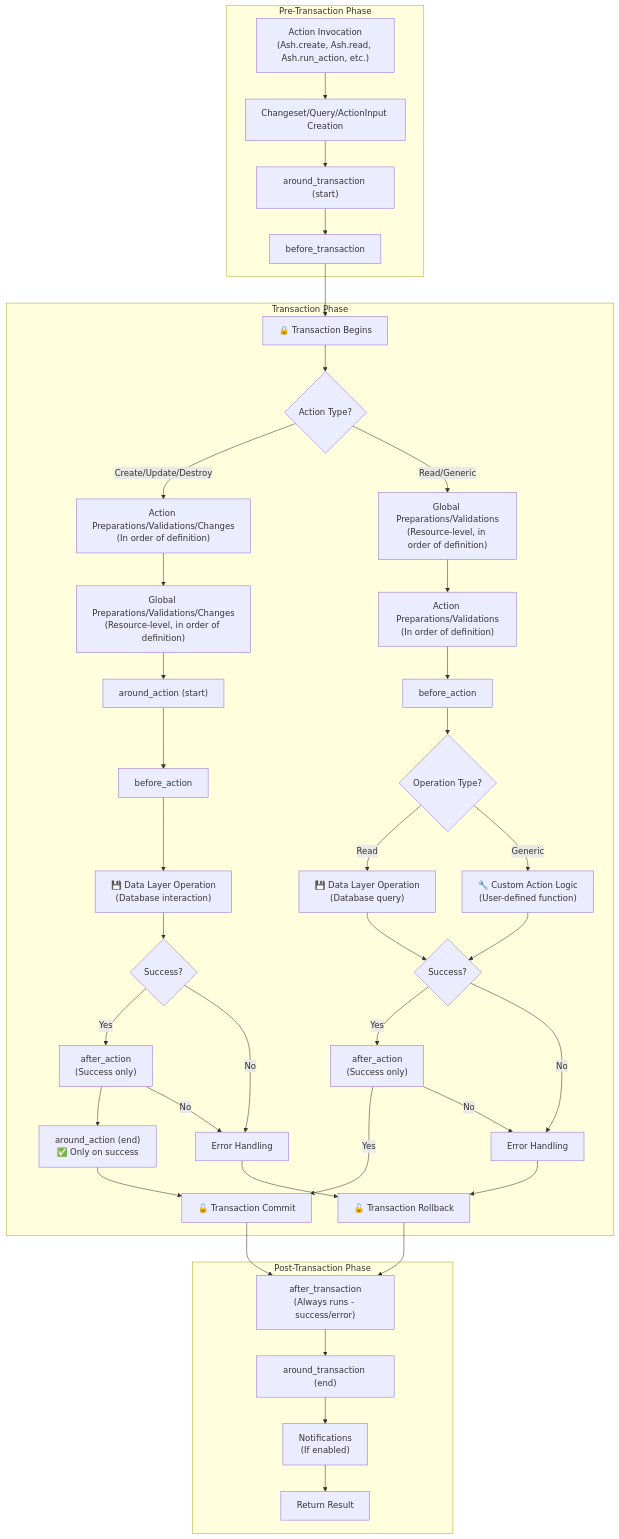
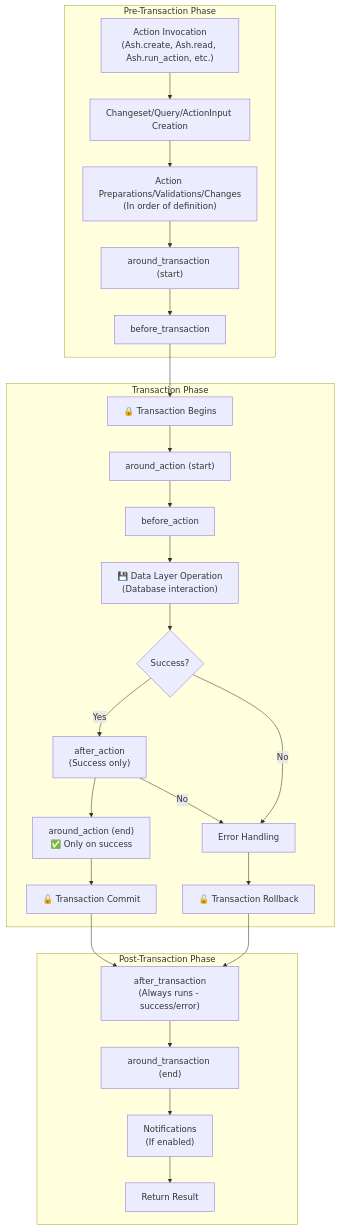
Before and after one commit to ash-project/ash: the diagram in documentation/topics/actions/actions.md, drawn with Mermaid. The commit also changed other lines of this file, not shown here.

Commit message:
docs: simplify action docs now that everything has all the hooks

````diff
--- a/documentation/topics/actions/actions.md
+++ b/documentation/topics/actions/actions.md
@@ -295,52 +295,33 @@
 ```mermaid
 graph TD
     subgraph "Pre-Transaction Phase"
         START["Action Invocation<br/>(Ash.create, Ash.read, Ash.run_action, etc.)"] --> PREP["Changeset/Query/ActionInput Creation"]
-        PREP --> AROUND_START["around_transaction (start)"]
+        PREP --> ACTION_PREP["Action Preparations/Validations/Changes<br/>(In order of definition)"]
+        ACTION_PREP --> AROUND_START["around_transaction (start)"]
         AROUND_START --> BEFORE_TRANS["before_transaction"]
     end
     
     subgraph "Transaction Phase"
-        TRANS_START["🔒 Transaction Begins"] --> ACTION_TYPE{"Action Type?"}
-        
-        %% Create/Update/Destroy path
-        ACTION_TYPE -->|"Create/Update/Destroy"| CUD_ACTION_PREP["Action Preparations/Validations/Changes<br/>(In order of definition)"]
-        CUD_ACTION_PREP --> CUD_GLOBAL_PREP["Global Preparations/Validations/Changes<br/>(Resource-level, in order of definition)"]
-        CUD_GLOBAL_PREP --> CUD_AROUND_ACTION_START["around_action (start)"]
-        CUD_AROUND_ACTION_START --> CUD_BEFORE_ACTION["before_action"]
-        CUD_BEFORE_ACTION --> DATA_LAYER["💾 Data Layer Operation<br/>(Database interaction)"]
-        DATA_LAYER --> CUD_SUCCESS{"Success?"}
-        CUD_SUCCESS -->|Yes| CUD_AFTER_ACTION["after_action<br/>(Success only)"]
-        CUD_SUCCESS -->|No| CUD_ERROR_HANDLE["Error Handling"]
-        CUD_AFTER_ACTION --> CUD_AROUND_ACTION_END["around_action (end)<br/>✅ Only on success"]
-        CUD_AFTER_ACTION -->|No| CUD_ERROR_HANDLE
-        CUD_ERROR_HANDLE --> TRANS_ROLLBACK["🔓 Transaction Rollback"]
-        CUD_AROUND_ACTION_END --> TRANS_COMMIT["🔓 Transaction Commit"]
-        
-        %% Read/Generic path
-        ACTION_TYPE -->|"Read/Generic"| RG_GLOBAL_PREP["Global Preparations/Validations<br/>(Resource-level, in order of definition)"]
-        RG_GLOBAL_PREP --> RG_ACTION_PREP["Action Preparations/Validations<br/>(In order of definition)"]
-        RG_ACTION_PREP --> RG_BEFORE_ACTION[before_action]
-        RG_BEFORE_ACTION --> RG_OPERATION{"Operation Type?"}
-        RG_OPERATION -->|"Read"| READ_DATA_LAYER["💾 Data Layer Operation<br/>(Database query)"]
-        RG_OPERATION -->|"Generic"| GENERIC_LOGIC["🔧 Custom Action Logic<br/>(User-defined function)"]
-        READ_DATA_LAYER --> RG_SUCCESS{"Success?"}
-        GENERIC_LOGIC --> RG_SUCCESS
-        RG_SUCCESS -->|Yes| RG_AFTER_ACTION["after_action<br/>(Success only)"]
-        RG_AFTER_ACTION -->|Yes| TRANS_COMMIT
-        RG_AFTER_ACTION -->|No| RG_ERROR_HANDLE
-        RG_SUCCESS -->|No| RG_ERROR_HANDLE["Error Handling"]
-        RG_ERROR_HANDLE --> TRANS_ROLLBACK
+        TRANS_START["🔒 Transaction Begins"] --> AROUND_ACTION_START["around_action (start)"]
+        AROUND_ACTION_START --> BEFORE_ACTION["before_action"]
+        BEFORE_ACTION --> DATA_LAYER["💾 Data Layer Operation<br/>(Database interaction)"]
+        DATA_LAYER --> SUCCESS{"Success?"}
+        SUCCESS -->|Yes| AFTER_ACTION["after_action<br/>(Success only)"]
+        SUCCESS -->|No| ERROR_HANDLE["Error Handling"]
+        AFTER_ACTION --> AROUND_ACTION_END["around_action (end)<br/>✅ Only on success"]
+        AFTER_ACTION -->|No| ERROR_HANDLE
+        ERROR_HANDLE --> TRANS_ROLLBACK["🔓 Transaction Rollback"]
+        AROUND_ACTION_END --> TRANS_COMMIT["🔓 Transaction Commit"]
     end
     
     subgraph "Post-Transaction Phase"
         AFTER_TRANS["after_transaction<br/>(Always runs - success/error)"] --> AROUND_END["around_transaction (end)"]
         AROUND_END --> NOTIFICATIONS["Notifications<br/>(If enabled)"]
         NOTIFICATIONS --> RESULT["Return Result"]
     end
     
     %% Flow connections
     BEFORE_TRANS --> TRANS_START
     TRANS_COMMIT --> AFTER_TRANS
     TRANS_ROLLBACK --> AFTER_TRANS
 ```
````
